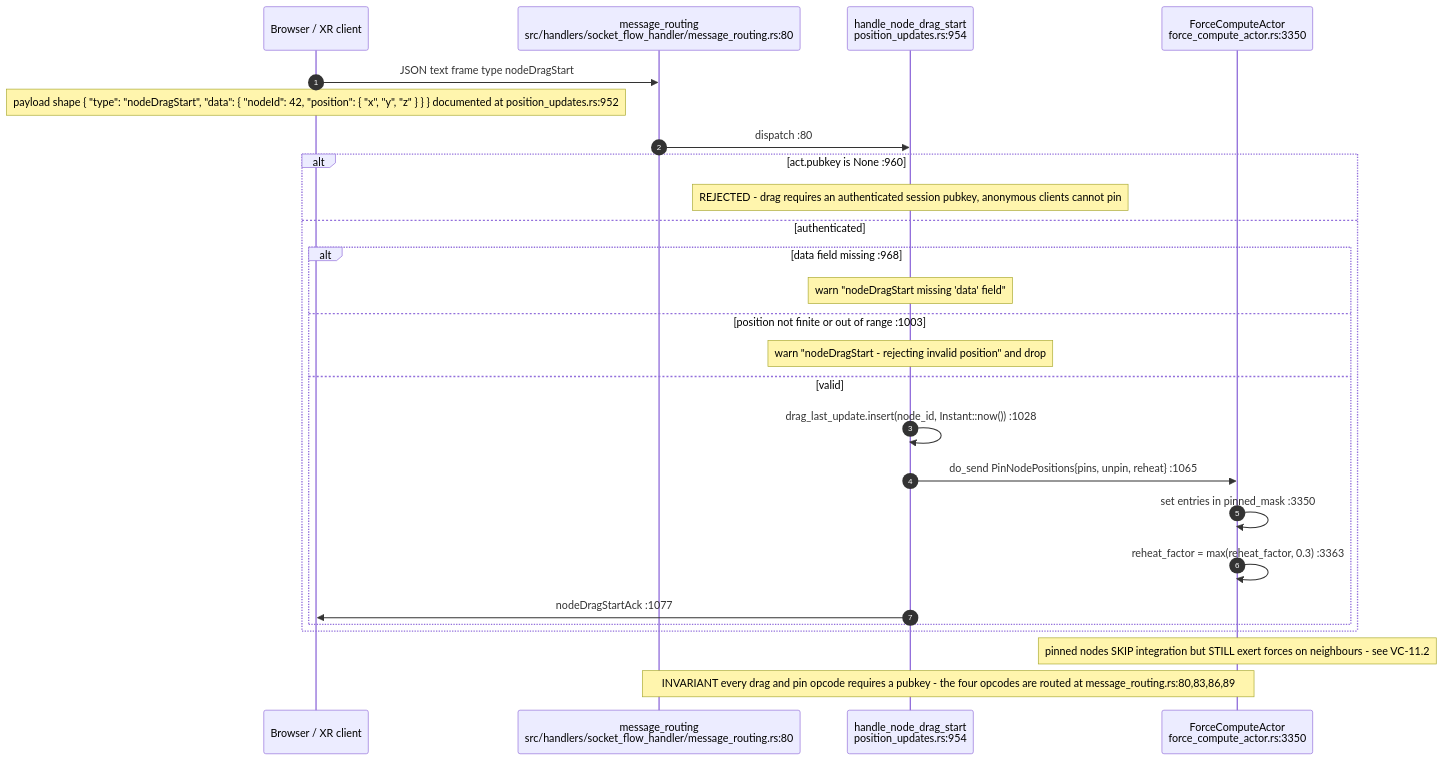
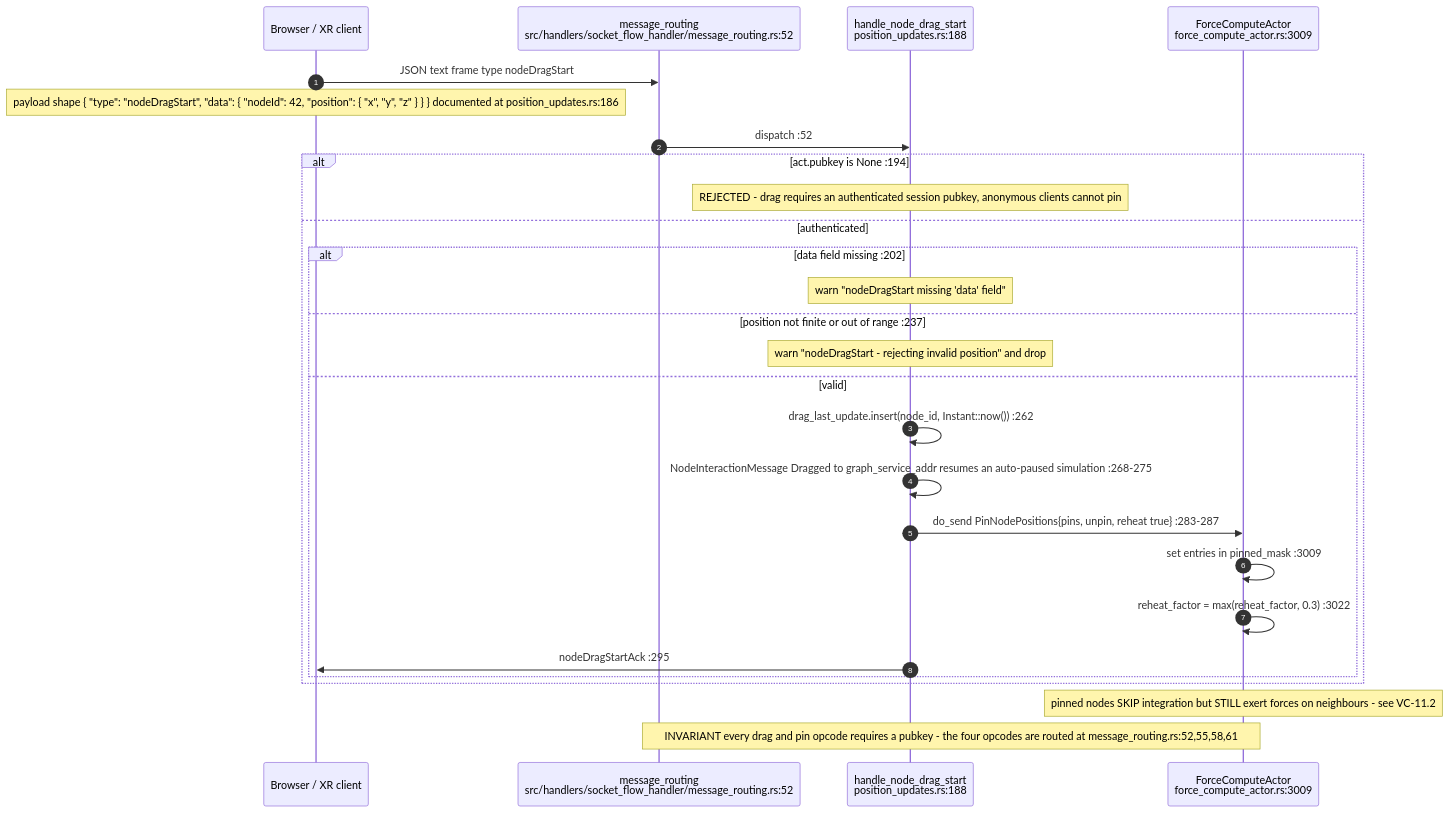
The first of 8 diagrams in docs/diagrams/visionclaw/16-interaction-drag-pin-layout.md (DreamLab-AI/VisionFlow), drawn with Mermaid before and after one commit. The commit also changed other lines of this file and 160 other files, not shown here.

````diff
--- a/docs/diagrams/visionclaw/16-interaction-drag-pin-layout.md
+++ b/docs/diagrams/visionclaw/16-interaction-drag-pin-layout.md
@@ -32,29 +32,30 @@
 ```mermaid
 sequenceDiagram
     autonumber
     participant C as Browser / XR client
-    participant MR as message_routing<br/>src/handlers/socket_flow_handler/message_routing.rs:80
-    participant H as handle_node_drag_start<br/>position_updates.rs:954
-    participant FCA as ForceComputeActor<br/>force_compute_actor.rs:3350
+    participant MR as message_routing<br/>src/handlers/socket_flow_handler/message_routing.rs:52
+    participant H as handle_node_drag_start<br/>position_updates.rs:188
+    participant FCA as ForceComputeActor<br/>force_compute_actor.rs:3009
 
     C->>MR: JSON text frame type nodeDragStart
-    Note over C: payload shape { "type": "nodeDragStart", "data": { "nodeId": 42, "position": { "x", "y", "z" } } } documented at position_updates.rs:952
-    MR->>H: dispatch :80
-    alt act.pubkey is None :960
+    Note over C: payload shape { "type": "nodeDragStart", "data": { "nodeId": 42, "position": { "x", "y", "z" } } } documented at position_updates.rs:186
+    MR->>H: dispatch :52
+    alt act.pubkey is None :194
         Note over H: REJECTED - drag requires an authenticated session pubkey, anonymous clients cannot pin
     else authenticated
-        alt data field missing :968
+        alt data field missing :202
             Note over H: warn "nodeDragStart missing 'data' field"
-        else position not finite or out of range :1003
+        else position not finite or out of range :237
             Note over H: warn "nodeDragStart - rejecting invalid position" and drop
         else valid
-            H->>H: drag_last_update.insert(node_id, Instant::now()) :1028
-            H->>FCA: do_send PinNodePositions{pins, unpin, reheat} :1065
-            FCA->>FCA: set entries in pinned_mask :3350
-            FCA->>FCA: reheat_factor = max(reheat_factor, 0.3) :3363
-            H->>C: nodeDragStartAck :1077
+            H->>H: drag_last_update.insert(node_id, Instant::now()) :262
+            H->>H: NodeInteractionMessage Dragged to graph_service_addr resumes an auto-paused simulation :268-275
+    H->>FCA: do_send PinNodePositions{pins, unpin, reheat true} :283-287
+            FCA->>FCA: set entries in pinned_mask :3009
+            FCA->>FCA: reheat_factor = max(reheat_factor, 0.3) :3022
+            H->>C: nodeDragStartAck :295
         end
     end
     Note over FCA: pinned nodes SKIP integration but STILL exert forces on neighbours - see VC-11.2
-    Note over MR,FCA: INVARIANT every drag and pin opcode requires a pubkey - the four opcodes are routed at message_routing.rs:80,83,86,89
+    Note over MR,FCA: INVARIANT every drag and pin opcode requires a pubkey - the four opcodes are routed at message_routing.rs:52,55,58,61
 ```
````
